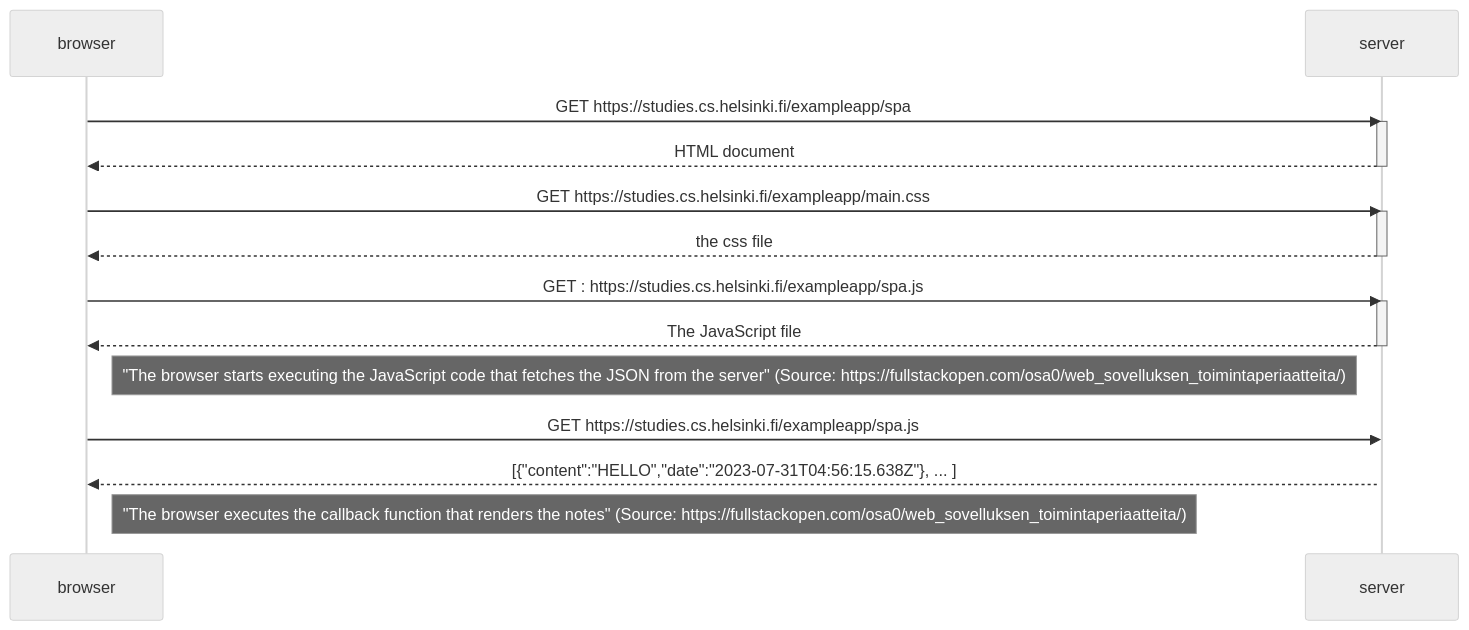
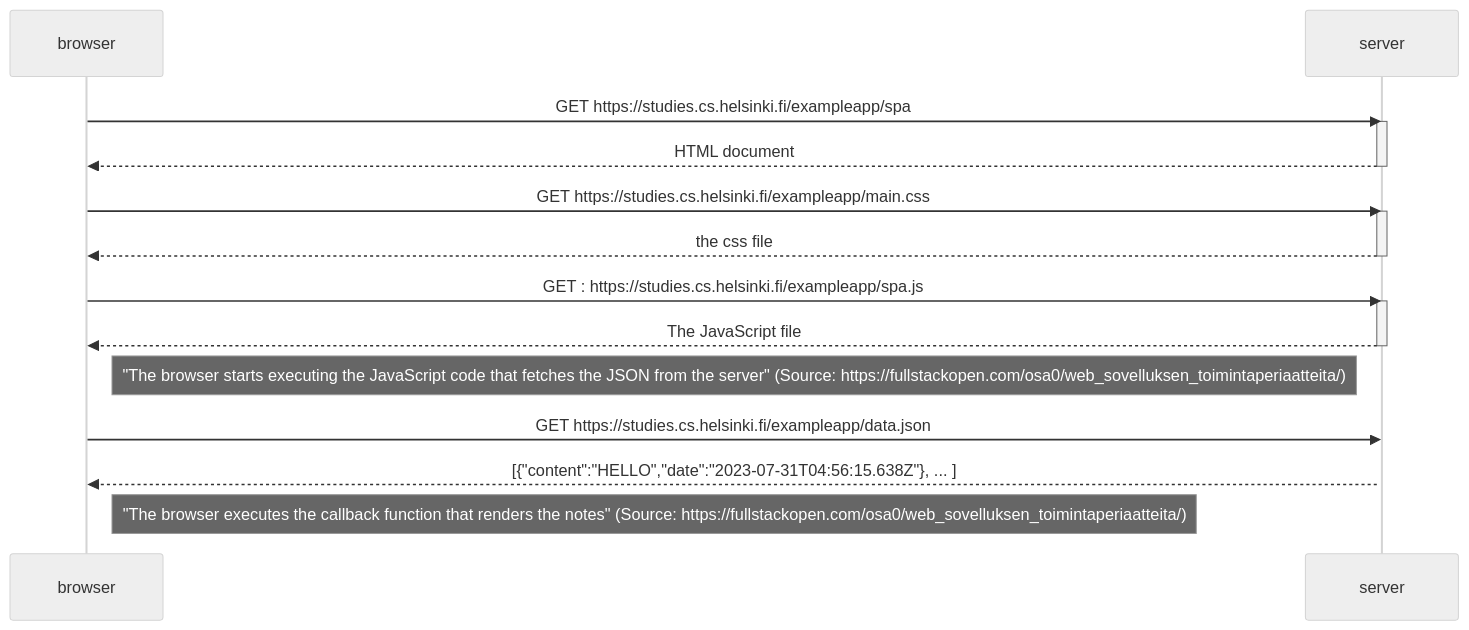
One commit to alelikak/fullstackopen changed the diagram in 05.md. Above: the diagram before and after it, drawn with Mermaid (neutral theme).

````diff
--- a/05.md
+++ b/05.md
@@ -1,29 +1,29 @@
 ```mermaid
 sequenceDiagram
     participant browser
     participant server
     
     browser->>server: GET https://studies.cs.helsinki.fi/exampleapp/spa
     activate server
     server-->>browser: HTML document
     deactivate server
     
     browser->>server: GET https://studies.cs.helsinki.fi/exampleapp/main.css
     activate server
     server-->>browser: the css file
     deactivate server
     
     browser->>server: GET : https://studies.cs.helsinki.fi/exampleapp/spa.js
     activate server
     server-->>browser: The JavaScript file
     deactivate server    
 
     Note right of browser: "The browser starts executing the JavaScript code that fetches the JSON from the server" (Source: https://fullstackopen.com/osa0/web_sovelluksen_toimintaperiaatteita/)
     
 
-    browser->>server: GET https://studies.cs.helsinki.fi/exampleapp/spa.js
+    browser->>server: GET https://studies.cs.helsinki.fi/exampleapp/data.json
     activate server
     server-->>browser: [{"content":"HELLO","date":"2023-07-31T04:56:15.638Z"}, ... ]
     
     Note right of browser: "The browser executes the callback function that renders the notes" (Source: https://fullstackopen.com/osa0/web_sovelluksen_toimintaperiaatteita/)
 ```
````
